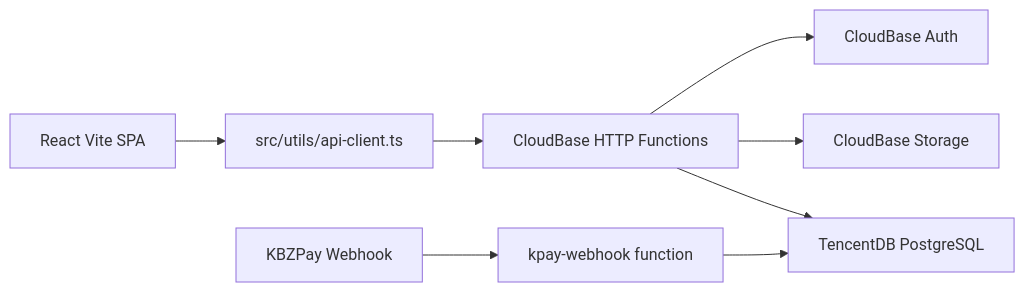
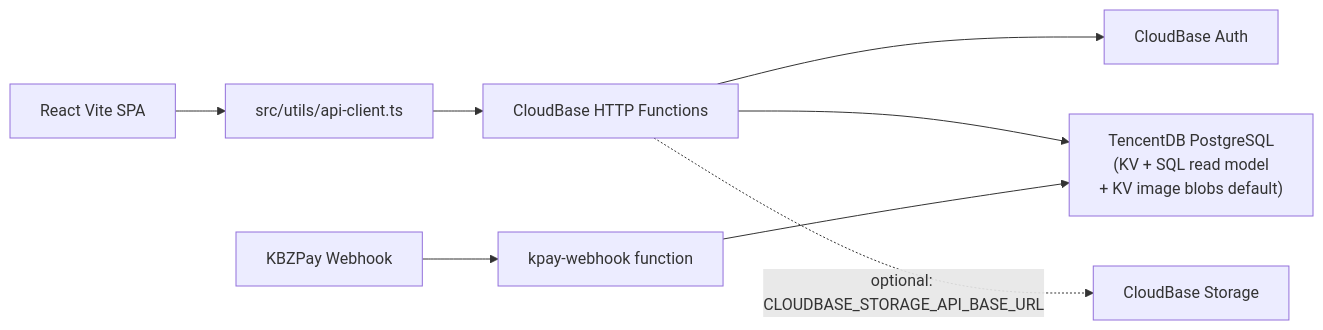
The diagram in migration.md (aungsone-it/tencent-migration), drawn with Mermaid before and after one commit. The commit also changed other lines of this file and 5 other files, not shown here.

````diff
--- a/migration.md
+++ b/migration.md
@@ -22,10 +23,10 @@
 ```mermaid
 flowchart LR
   ReactSpa["React Vite SPA"] --> ApiClient["src/utils/api-client.ts"]
   ApiClient --> CloudBaseHttp["CloudBase HTTP Functions"]
   CloudBaseHttp --> CloudBaseAuth["CloudBase Auth"]
-  CloudBaseHttp --> CloudBaseStorage["CloudBase Storage"]
-  CloudBaseHttp --> TencentPostgres["TencentDB PostgreSQL"]
+  CloudBaseHttp --> TencentPostgres["TencentDB PostgreSQL\n(KV + SQL read model\n+ KV image blobs default)"]
+  CloudBaseHttp -.->|"optional: CLOUDBASE_STORAGE_API_BASE_URL"| CloudBaseStorage["CloudBase Storage"]
   KbzWebhook["KBZPay Webhook"] --> CloudBaseWebhook["kpay-webhook function"]
   CloudBaseWebhook --> TencentPostgres
 ```
````
